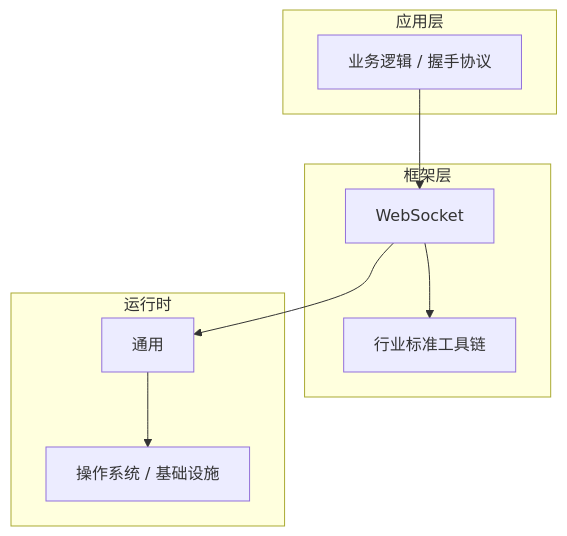
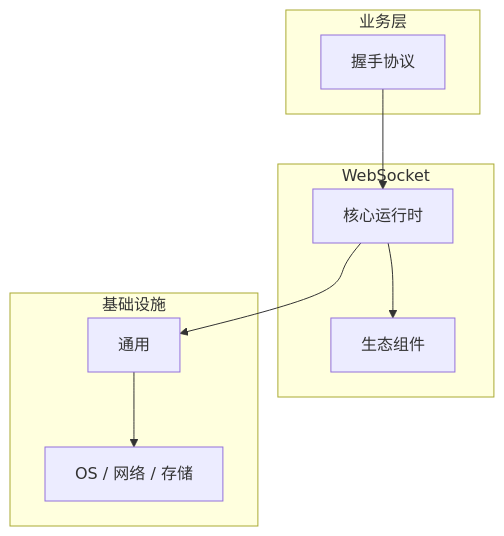
Before and after one commit to yanggan2015/knowledge-json-v2: the diagram in articles/WebSocket/chapters/006-握手协议核心概念与原理.md, drawn with Mermaid. The commit also changed other lines of this file and 10127 other files, not shown here.

````diff
--- a/articles/WebSocket/chapters/006-握手协议核心概念与原理.md
+++ b/articles/WebSocket/chapters/006-握手协议核心概念与原理.md
@@ -45,18 +34,18 @@
 ```mermaid
 graph TB
-    subgraph 应用层
-        A[业务逻辑 / 握手协议]
+    subgraph 业务层
+        A[握手协议]
     end
-    subgraph 框架层
-        B[WebSocket]
-        C[行业标准工具链]
+    subgraph WebSocket
+        B[核心运行时]
+        C[生态组件]
     end
-    subgraph 运行时
+    subgraph 基础设施
         D[通用]
-        E[操作系统 / 基础设施]
+        E[OS / 网络 / 存储]
     end
     A --> B
     B --> C
     B --> D
     D --> E
 ```
````
